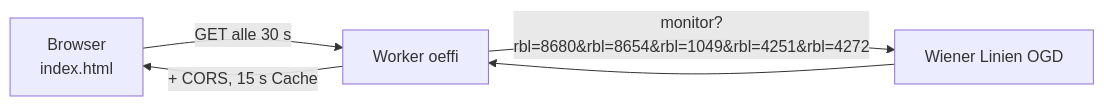
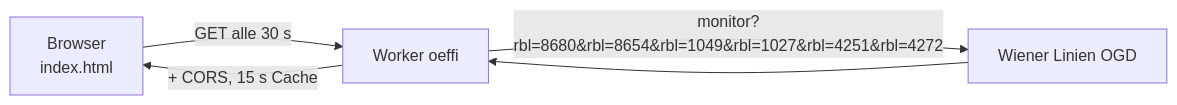
One commit to marioaininger-bot/oeffi changed the diagram in README.md. Above: the diagram before and after it, drawn with Mermaid. The commit also changed other lines of this file and 2 other files, not shown here.

Commit message:
26A Lohwaggasse: Gegenrichtung Groß-Enzersdorf (RBL 1027)
Claude-Session: https://claude.ai/code/session_01NtiAqBLSDmAwCQZTFweSXh

````diff
--- a/README.md
+++ b/README.md
@@ -24,6 +24,6 @@
 ```mermaid
 flowchart LR
   B[Browser<br/>index.html] -- "GET alle 30 s" --> W[Worker oeffi]
-  W -- "monitor?rbl=8680&rbl=8654&rbl=1049&rbl=4251&rbl=4272" --> WL[Wiener Linien OGD]
+  W -- "monitor?rbl=8680&rbl=8654&rbl=1049&rbl=1027&rbl=4251&rbl=4272" --> WL[Wiener Linien OGD]
   WL --> W -- "+ CORS, 15 s Cache" --> B
 ```
````
